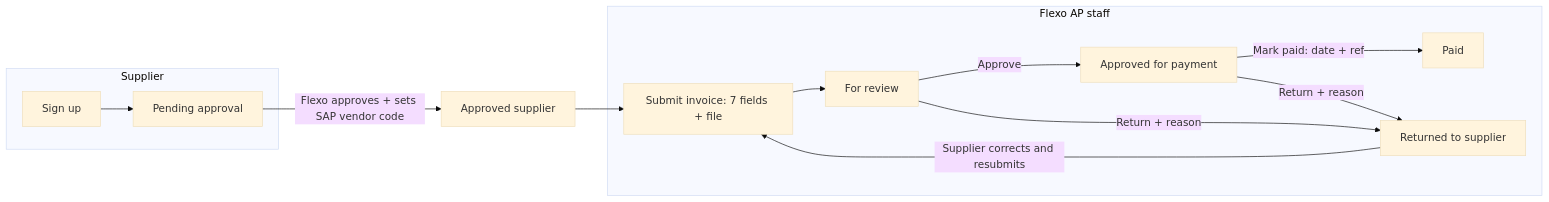
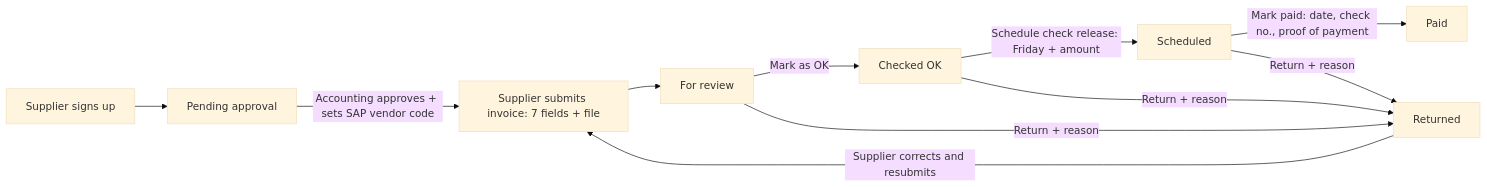
The diagram in README.md (fmcai70/FlexoSupplier), drawn with Mermaid (base theme) before and after one commit. The commit also changed other lines of this file and 2 other files, not shown here.

First line of the commit message:
Add Friday check-release scheduling and proof of payment

````diff
--- a/README.md
+++ b/README.md
@@ -19,16 +19,13 @@
 ```mermaid
 flowchart LR
-  subgraph Supplier
-    SU[Sign up] --> PEND[Pending approval]
-  end
-  PEND -->|Flexo approves + sets SAP vendor code| OK[Approved supplier]
-  OK --> SUB[Submit invoice: 7 fields + file]
-  subgraph Flexo["Flexo AP staff"]
-    SUB --> REV[For review]
-    REV -->|Approve| APP[Approved for payment]
-    REV -->|Return + reason| RET[Returned to supplier]
-    APP -->|Mark paid: date + ref| PAID[Paid]
-    APP -->|Return + reason| RET
-  end
+  SU[Supplier signs up] --> PEND[Pending approval]
+  PEND -->|Accounting approves + sets SAP vendor code| SUB[Supplier submits invoice: 7 fields + file]
+  SUB --> REV[For review]
+  REV -->|Mark as OK| OK[Checked OK]
+  OK -->|Schedule check release: Friday + amount| SCH[Scheduled]
+  SCH -->|Mark paid: date, check no., proof of payment| PAID[Paid]
+  REV -->|Return + reason| RET[Returned]
+  OK -->|Return + reason| RET
+  SCH -->|Return + reason| RET
   RET -->|Supplier corrects and resubmits| SUB
 ```
````
